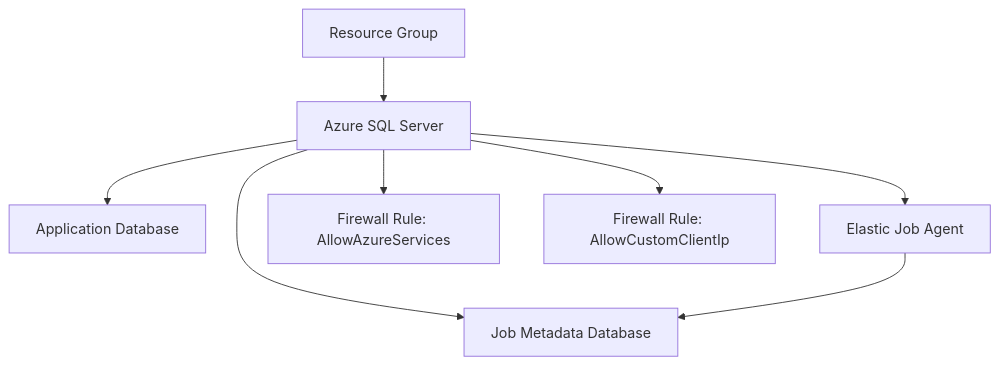
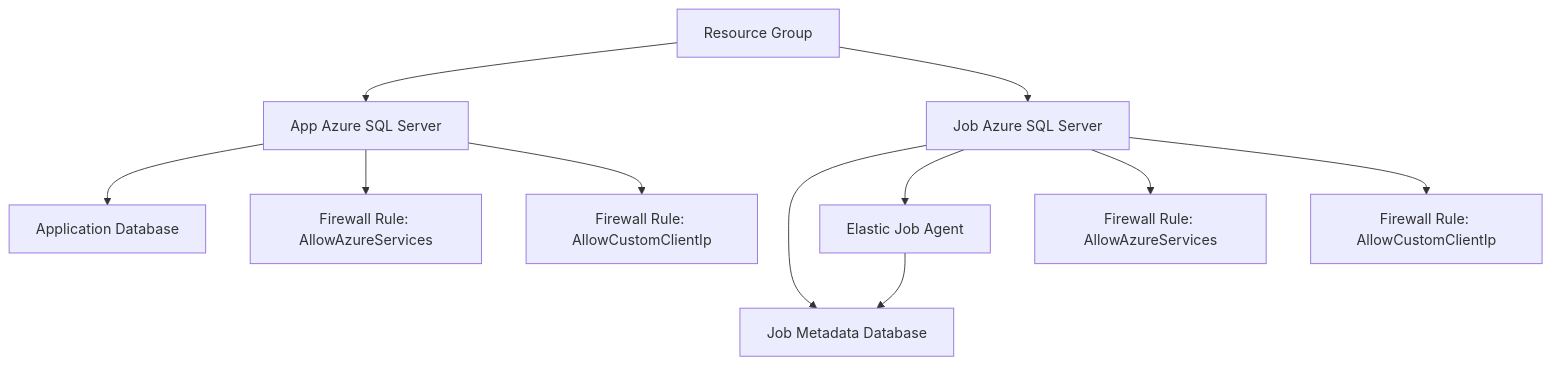
Before and after one commit to mhaywardhill/azure-elastic-jobs-agent: the diagram in README.md, drawn with Mermaid. The commit also changed other lines of this file and 3 other files, not shown here.

Commit message:
Deploy app and job DBs on separate SQL servers

````diff
--- a/README.md
+++ b/README.md
@@ -17,11 +18,14 @@
 ```mermaid
 flowchart TD
-    RG[Resource Group] --> SQL[Azure SQL Server]
-    SQL --> APPDB[Application Database]
-    SQL --> JOBDB[Job Metadata Database]
-    SQL --> AGENT[Elastic Job Agent]
+  RG[Resource Group] --> APP_SQL[App Azure SQL Server]
+  RG --> JOB_SQL[Job Azure SQL Server]
+  APP_SQL --> APPDB[Application Database]
+  JOB_SQL --> JOBDB[Job Metadata Database]
+  JOB_SQL --> AGENT[Elastic Job Agent]
     AGENT --> JOBDB
 
-    SQL --> FW1[Firewall Rule: AllowAzureServices]
-    SQL --> FW2[Firewall Rule: AllowCustomClientIp]
+  APP_SQL --> APP_FW1[Firewall Rule: AllowAzureServices]
+  APP_SQL --> APP_FW2[Firewall Rule: AllowCustomClientIp]
+  JOB_SQL --> JOB_FW1[Firewall Rule: AllowAzureServices]
+  JOB_SQL --> JOB_FW2[Firewall Rule: AllowCustomClientIp]
 ```
````
